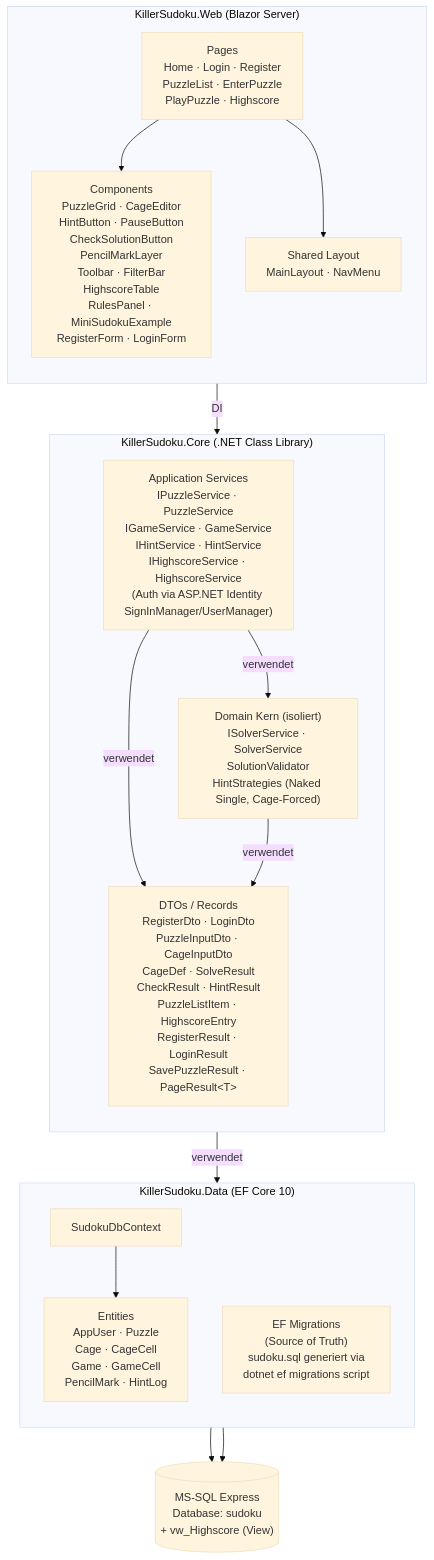
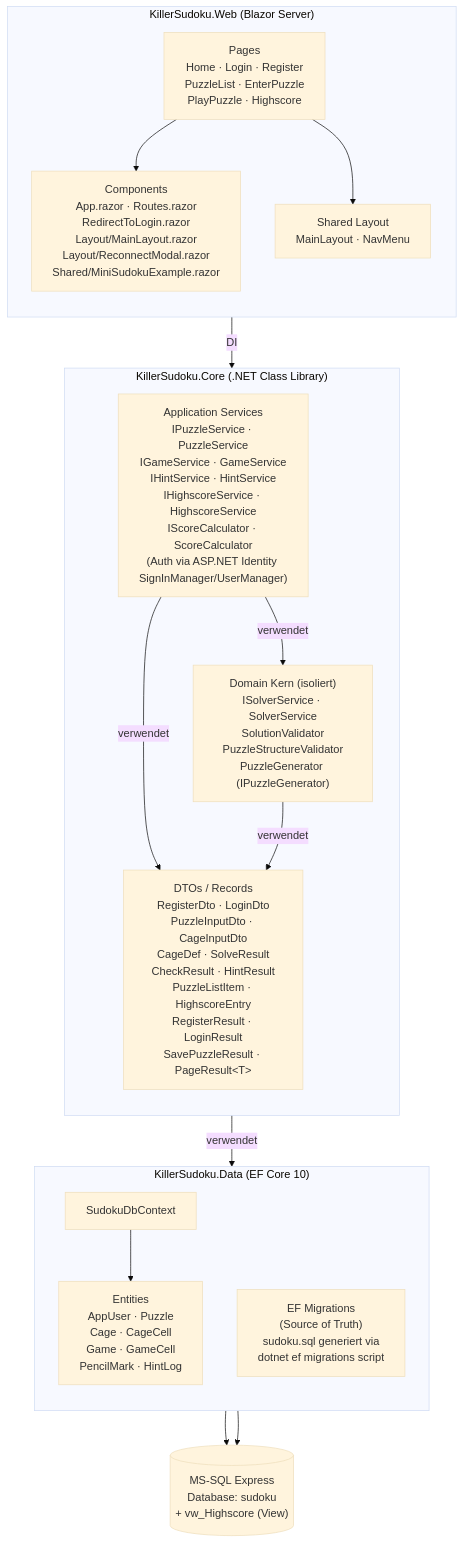
One commit to Tim-Fischer-zh/skillsbattle changed the first of 2 diagrams in docs/arc42/05-building-blocks.md. Above: the diagram before and after it, drawn with Mermaid (base theme). The commit also changed other lines of this file and 8 other files, not shown here.

````diff
--- a/docs/arc42/05-building-blocks.md
+++ b/docs/arc42/05-building-blocks.md
@@ -14,36 +14,36 @@
 ```mermaid
 flowchart TB
     subgraph Web["KillerSudoku.Web (Blazor Server)"]
         direction TB
         Pages["Pages<br/>Home · Login · Register<br/>PuzzleList · EnterPuzzle<br/>PlayPuzzle · Highscore"]
         Layout["Shared Layout<br/>MainLayout · NavMenu"]
-        UIComp["Components<br/>PuzzleGrid · CageEditor<br/>HintButton · PauseButton<br/>CheckSolutionButton<br/>PencilMarkLayer<br/>Toolbar · FilterBar<br/>HighscoreTable<br/>RulesPanel · MiniSudokuExample<br/>RegisterForm · LoginForm"]
+        UIComp["Components<br/>App.razor · Routes.razor<br/>RedirectToLogin.razor<br/>Layout/MainLayout.razor<br/>Layout/ReconnectModal.razor<br/>Shared/MiniSudokuExample.razor"]
     end
 
     subgraph Core["KillerSudoku.Core (.NET Class Library)"]
         direction TB
-        Services["Application Services<br/>IPuzzleService · PuzzleService<br/>IGameService · GameService<br/>IHintService · HintService<br/>IHighscoreService · HighscoreService<br/>(Auth via ASP.NET Identity SignInManager/UserManager)"]
-        Domain["Domain Kern (isoliert)<br/>ISolverService · SolverService<br/>SolutionValidator<br/>HintStrategies (Naked Single, Cage-Forced)"]
+        Services["Application Services<br/>IPuzzleService · PuzzleService<br/>IGameService · GameService<br/>IHintService · HintService<br/>IHighscoreService · HighscoreService<br/>IScoreCalculator · ScoreCalculator<br/>(Auth via ASP.NET Identity SignInManager/UserManager)"]
+        Domain["Domain Kern (isoliert)<br/>ISolverService · SolverService<br/>SolutionValidator<br/>PuzzleStructureValidator<br/>PuzzleGenerator (IPuzzleGenerator)"]
         Dtos["DTOs / Records<br/>RegisterDto · LoginDto<br/>PuzzleInputDto · CageInputDto<br/>CageDef · SolveResult<br/>CheckResult · HintResult<br/>PuzzleListItem · HighscoreEntry<br/>RegisterResult · LoginResult<br/>SavePuzzleResult · PageResult&lt;T&gt;"]
     end
 
     subgraph Data["KillerSudoku.Data (EF Core 10)"]
         direction TB
         Ctx["SudokuDbContext"]
         Entities["Entities<br/>AppUser · Puzzle<br/>Cage · CageCell<br/>Game · GameCell<br/>PencilMark · HintLog"]
         Migr["EF Migrations<br/>(Source of Truth)<br/>sudoku.sql generiert via<br/>dotnet ef migrations script"]
     end
 
     DB[("MS-SQL Express<br/>Database: sudoku<br/>+ vw_Highscore (View)")]
 
     Pages --> UIComp
     Pages --> Layout
     UIComp -->|"DI"| Services
     Services -->|"verwendet"| Domain
     Services -->|"verwendet"| Dtos
     Services -->|"verwendet"| Ctx
     Domain -->|"verwendet"| Dtos
     Ctx --> Entities
     Migr --> DB
     Ctx --> DB
 ```
````
